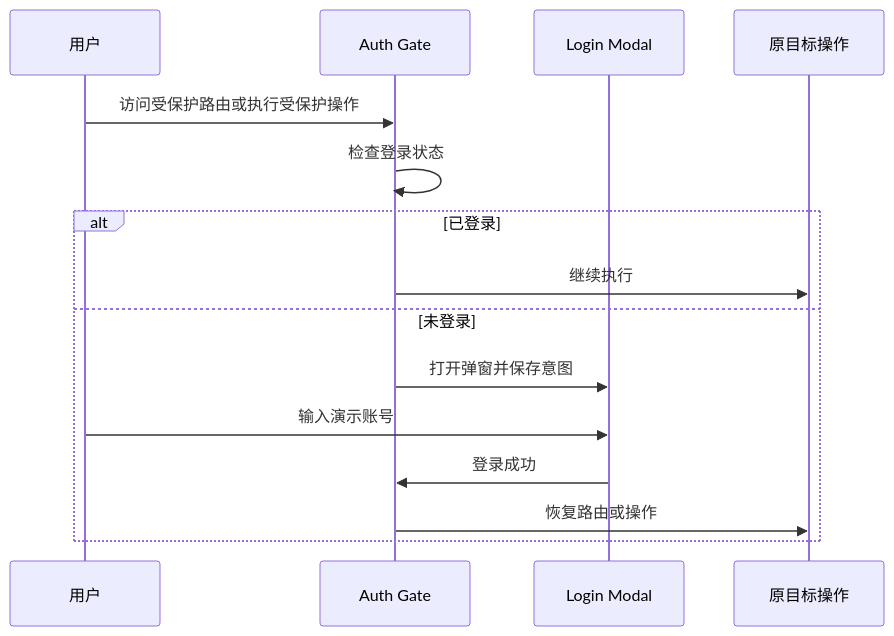
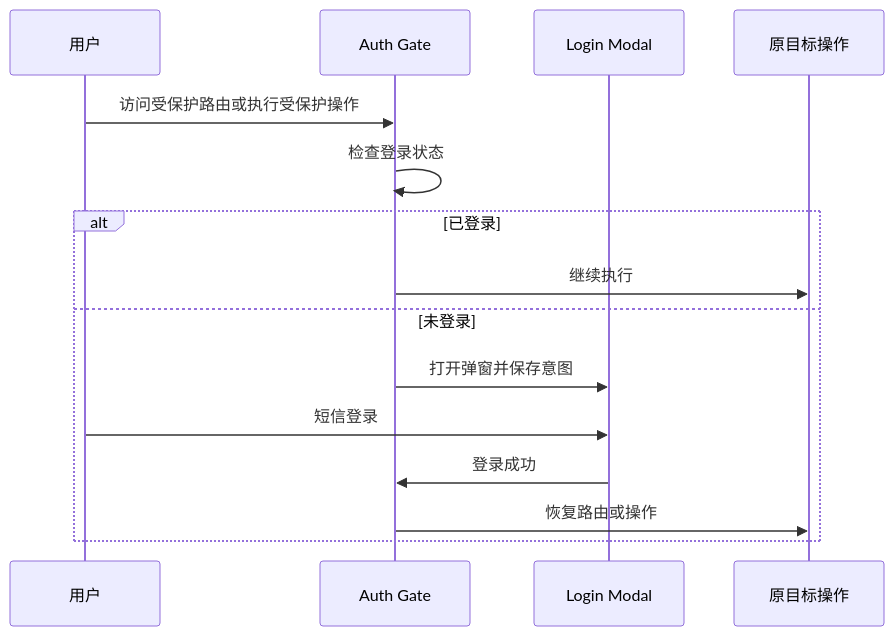
Before and after one commit to WD-CHINA/isport-college: the second of 2 diagrams in docs/architecture.md, drawn with Mermaid. The commit also changed other lines of this file and 150 other files, not shown here.

````diff
--- a/docs/architecture.md
+++ b/docs/architecture.md
@@ -345,18 +347,18 @@
 ```mermaid
 sequenceDiagram
   participant U as 用户
   participant G as Auth Gate
   participant M as Login Modal
   participant A as 原目标操作
 
   U->>G: 访问受保护路由或执行受保护操作
   G->>G: 检查登录状态
   alt 已登录
     G->>A: 继续执行
   else 未登录
     G->>M: 打开弹窗并保存意图
-    U->>M: 输入演示账号
+    U->>M: 短信登录
     M->>G: 登录成功
     G->>A: 恢复路由或操作
   end
 ```
````
